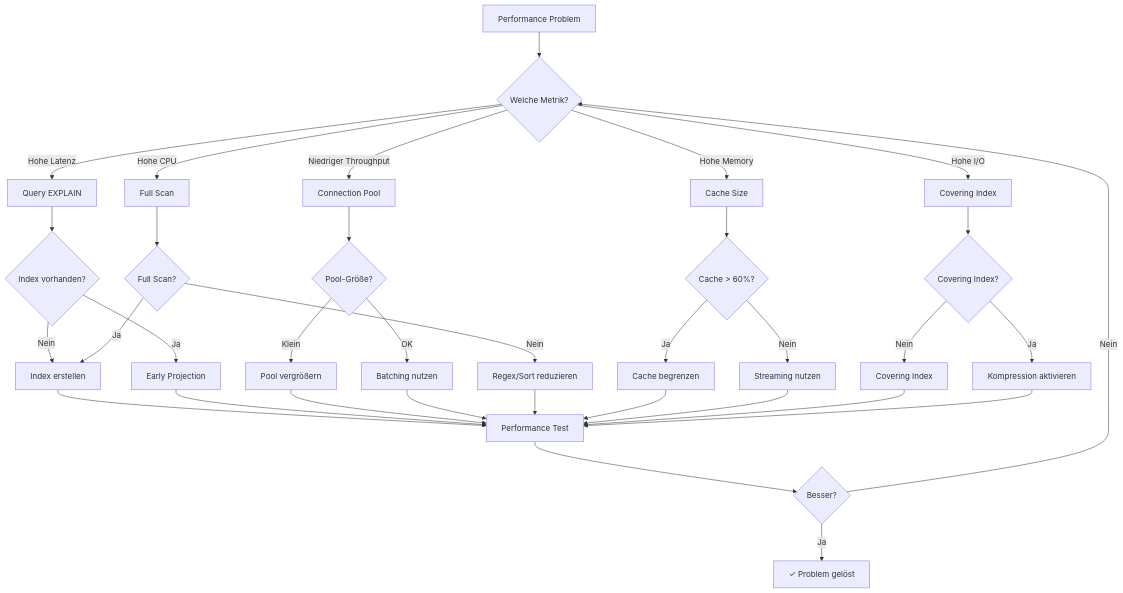
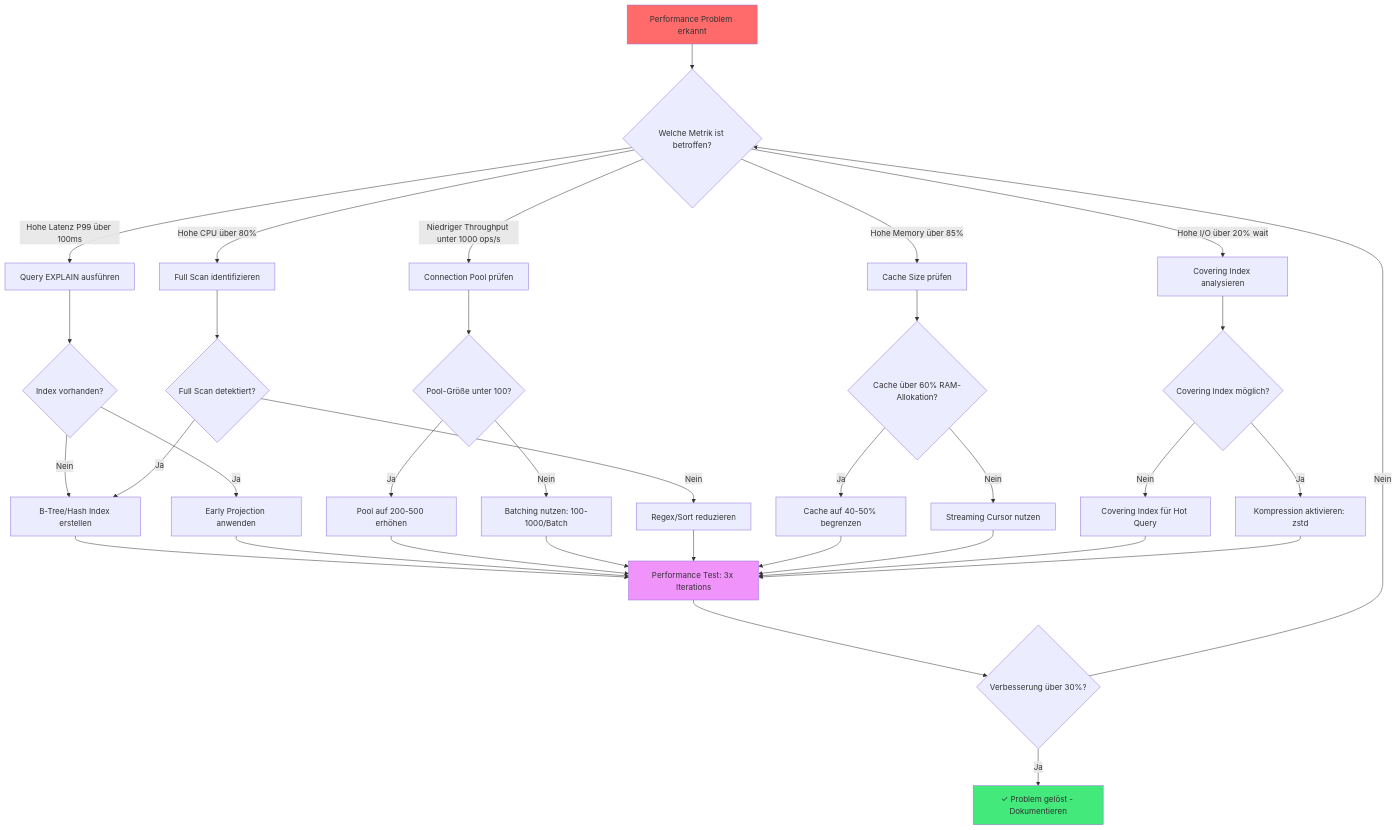
Before and after one commit to makr-code/ThemisDB: the second of 2 diagrams in compendium/docs/chapter_39_performance_tuning_cookbook.md, drawn with Mermaid. The commit also changed other lines of this file and 26 other files, not shown here.

````diff
--- a/compendium/docs/chapter_39_performance_tuning_cookbook.md
+++ b/compendium/docs/chapter_39_performance_tuning_cookbook.md
@@ -71,44 +77,48 @@
 ```mermaid
 flowchart TD
-    START[Performance Problem] --> METRIC{Welche Metrik?}
+    START[Performance Problem erkannt] --> METRIC{Welche Metrik ist betroffen?}
     
-    METRIC -->|Hohe Latenz| LAT[Query EXPLAIN]
-    METRIC -->|Niedriger Throughput| THR[Connection Pool]
-    METRIC -->|Hohe CPU| CPU[Full Scan]
-    METRIC -->|Hohe Memory| MEM[Cache Size]
-    METRIC -->|Hohe I/O| IO[Covering Index]
+    METRIC -->|Hohe Latenz P99 über 100ms| LAT[Query EXPLAIN ausführen]
+    METRIC -->|Niedriger Throughput unter 1000 ops/s| THR[Connection Pool prüfen]
+    METRIC -->|Hohe CPU über 80%| CPU[Full Scan identifizieren]
+    METRIC -->|Hohe Memory über 85%| MEM[Cache Size prüfen]
+    METRIC -->|Hohe I/O über 20% wait| IO[Covering Index analysieren]
     
     LAT --> IDX{Index vorhanden?}
-    IDX -->|Nein| CREATE[Index erstellen]
-    IDX -->|Ja| PROJ[Early Projection]
+    IDX -->|Nein| CREATE[B-Tree/Hash Index erstellen]
+    IDX -->|Ja| PROJ[Early Projection anwenden]
     
-    THR --> POOL{Pool-Größe?}
-    POOL -->|Klein| INC[Pool vergrößern]
-    POOL -->|OK| BATCH[Batching nutzen]
+    THR --> POOL{Pool-Größe unter 100?}
+    POOL -->|Ja| INC[Pool auf 200-500 erhöhen]
+    POOL -->|Nein| BATCH[Batching nutzen: 100-1000/Batch]
     
-    CPU --> SCAN{Full Scan?}
+    CPU --> SCAN{Full Scan detektiert?}
     SCAN -->|Ja| CREATE
     SCAN -->|Nein| REGEX[Regex/Sort reduzieren]
     
-    MEM --> CACHE{Cache > 60%?}
-    CACHE -->|Ja| LIMIT[Cache begrenzen]
-    CACHE -->|Nein| STREAM[Streaming nutzen]
+    MEM --> CACHE{Cache über 60% RAM-Allokation?}
+    CACHE -->|Ja| LIMIT[Cache auf 40-50% begrenzen]
+    CACHE -->|Nein| STREAM[Streaming Cursor nutzen]
     
-    IO --> COV{Covering Index?}
-    COV -->|Nein| COVER[Covering Index]
-    COV -->|Ja| COMP[Kompression aktivieren]
+    IO --> COV{Covering Index möglich?}
+    COV -->|Nein| COVER[Covering Index für Hot Query]
+    COV -->|Ja| COMP[Kompression aktivieren: zstd]
     
-    CREATE --> TEST[Performance Test]
+    CREATE --> TEST[Performance Test: 3x Iterations]
     PROJ --> TEST
     INC --> TEST
     BATCH --> TEST
     REGEX --> TEST
     LIMIT --> TEST
     STREAM --> TEST
     COVER --> TEST
     COMP --> TEST
     
-    TEST --> OK{Besser?}
-    OK -->|Ja| DONE[✓ Problem gelöst]
+    TEST --> OK{Verbesserung über 30%?}
+    OK -->|Ja| DONE[✓ Problem gelöst - Dokumentieren]
     OK -->|Nein| METRIC
+    
+    style START fill:#ff6b6b
+    style TEST fill:#f093fb
+    style DONE fill:#43e97b
 ```
````
